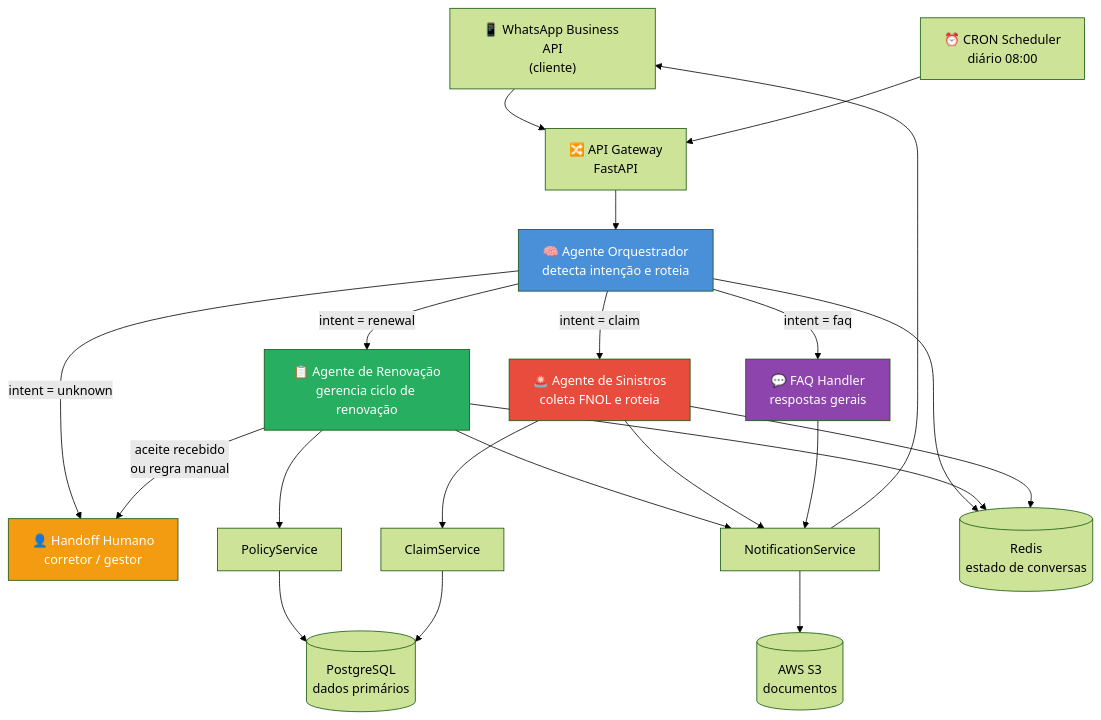
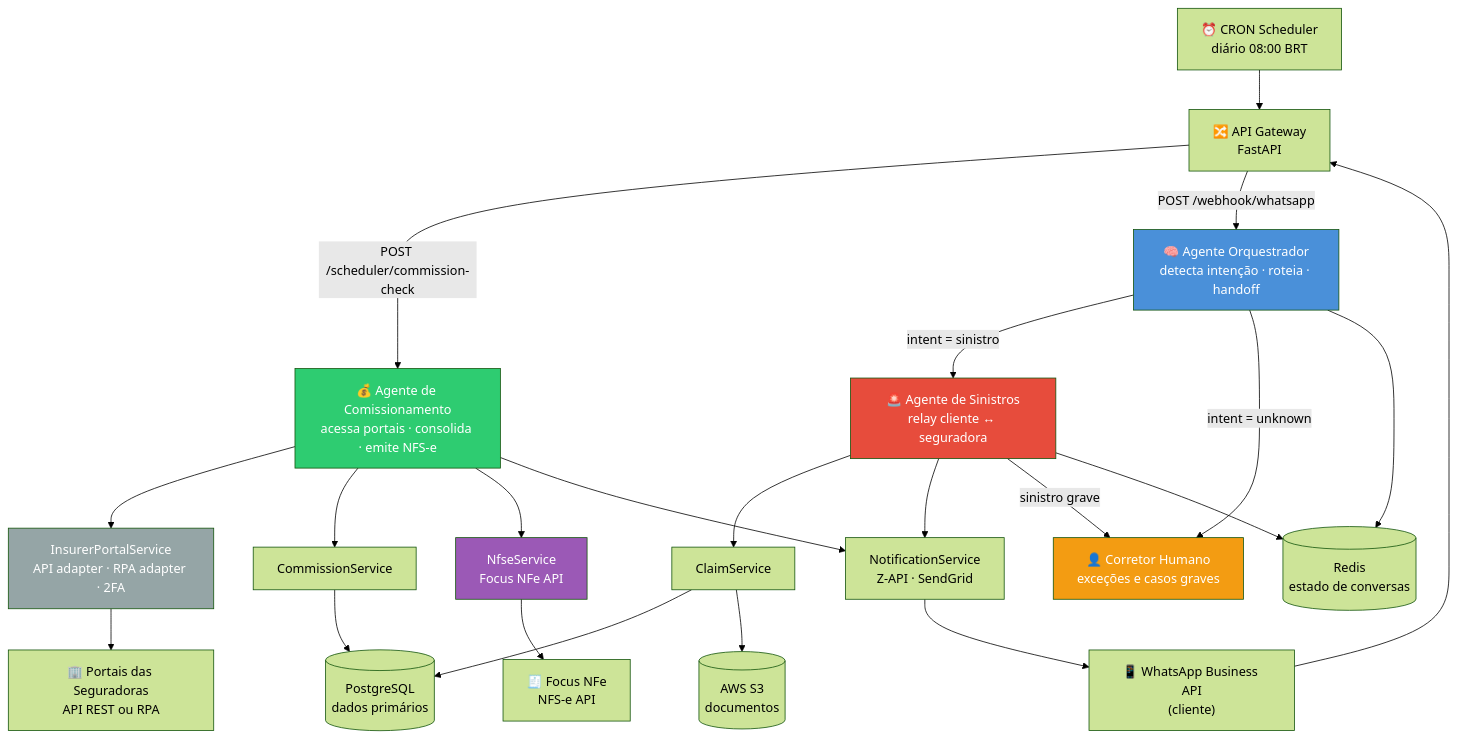
The diagram in docs/system_overview.mermaid (prady001/brokerAI), drawn with Mermaid (forest theme) before and after one commit. The commit also changed 46 other files, not shown here.

First line of the commit message:
docs(m0): revisar escopo do MVP para comissionamento e sinistros

```diff
--- a/docs/system_overview.mermaid
+++ b/docs/system_overview.mermaid
@@ -1,51 +1,56 @@
 graph TD
+    CRON["⏰ CRON Scheduler\ndiário 08:00 BRT"]
     WA["📱 WhatsApp Business API\n(cliente)"]
-    CRON["⏰ CRON Scheduler\ndiário 08:00"]
 
     GW["🔀 API Gateway\nFastAPI"]
 
-    ORCH["🧠 Agente Orquestrador\ndetecta intenção e roteia"]
+    COMM["💰 Agente de Comissionamento\nacessa portais · consolida · emite NFS-e"]
+    ORCH["🧠 Agente Orquestrador\ndetecta intenção · roteia · handoff"]
+    CLAIMS["🚨 Agente de Sinistros\nrelay cliente ↔ seguradora"]
+    HUMAN["👤 Corretor Humano\nexceções e casos graves"]
 
-    RENEW["📋 Agente de Renovação\ngerencia ciclo de renovação"]
-    CLAIMS["🚨 Agente de Sinistros\ncoleta FNOL e roteia"]
-    FAQ["💬 FAQ Handler\nrespostas gerais"]
-    HUMAN["👤 Handoff Humano\ncorretor / gestor"]
-
-    PS["PolicyService"]
-    CS["ClaimService"]
-    NS["NotificationService"]
+    IPS["InsurerPortalService\nAPI adapter · RPA adapter · 2FA"]
+    CS["CommissionService"]
+    NFSE["NfseService\nFocus NFe API"]
+    CLS["ClaimService"]
+    NS["NotificationService\nZ-API · SendGrid"]
 
     PG[("PostgreSQL\ndados primários")]
     RD[("Redis\nestado de conversas")]
     S3[("AWS S3\ndocumentos")]
+    INSURER["🏢 Portais das Seguradoras\nAPI REST ou RPA"]
+    FOCUSNFE["🧾 Focus NFe\nNFS-e API"]
 
+    CRON --> GW
     WA --> GW
-    CRON --> GW
-    GW --> ORCH
+    GW -->|"POST /scheduler/commission-check"| COMM
+    GW -->|"POST /webhook/whatsapp"| ORCH
 
-    ORCH -->|"intent = renewal"| RENEW
-    ORCH -->|"intent = claim"| CLAIMS
-    ORCH -->|"intent = faq"| FAQ
+    COMM --> IPS
+    COMM --> CS
+    COMM --> NFSE
+    COMM --> NS
+
+    ORCH -->|"intent = sinistro"| CLAIMS
     ORCH -->|"intent = unknown"| HUMAN
 
-    RENEW --> PS
-    RENEW --> NS
-    CLAIMS --> CS
+    CLAIMS --> CLS
     CLAIMS --> NS
-    FAQ --> NS
+    CLAIMS -->|"sinistro grave"| HUMAN
 
-    RENEW -->|"aceite recebido\nou regra manual"| HUMAN
+    IPS --> INSURER
+    NFSE --> FOCUSNFE
+    NS --> WA
 
-    PS --> PG
     CS --> PG
-    NS --> WA
-    NS --> S3
+    CLS --> PG
     ORCH --> RD
-    RENEW --> RD
     CLAIMS --> RD
+    CLS --> S3
 
+    style COMM fill:#2ECC71,color:#fff
+    style CLAIMS fill:#E74C3C,color:#fff
     style ORCH fill:#4A90D9,color:#fff
-    style RENEW fill:#27AE60,color:#fff
-    style CLAIMS fill:#E74C3C,color:#fff
     style HUMAN fill:#F39C12,color:#fff
-    style FAQ fill:#8E44AD,color:#fff
+    style IPS fill:#95A5A6,color:#fff
+    style NFSE fill:#9B59B6,color:#fff
```
